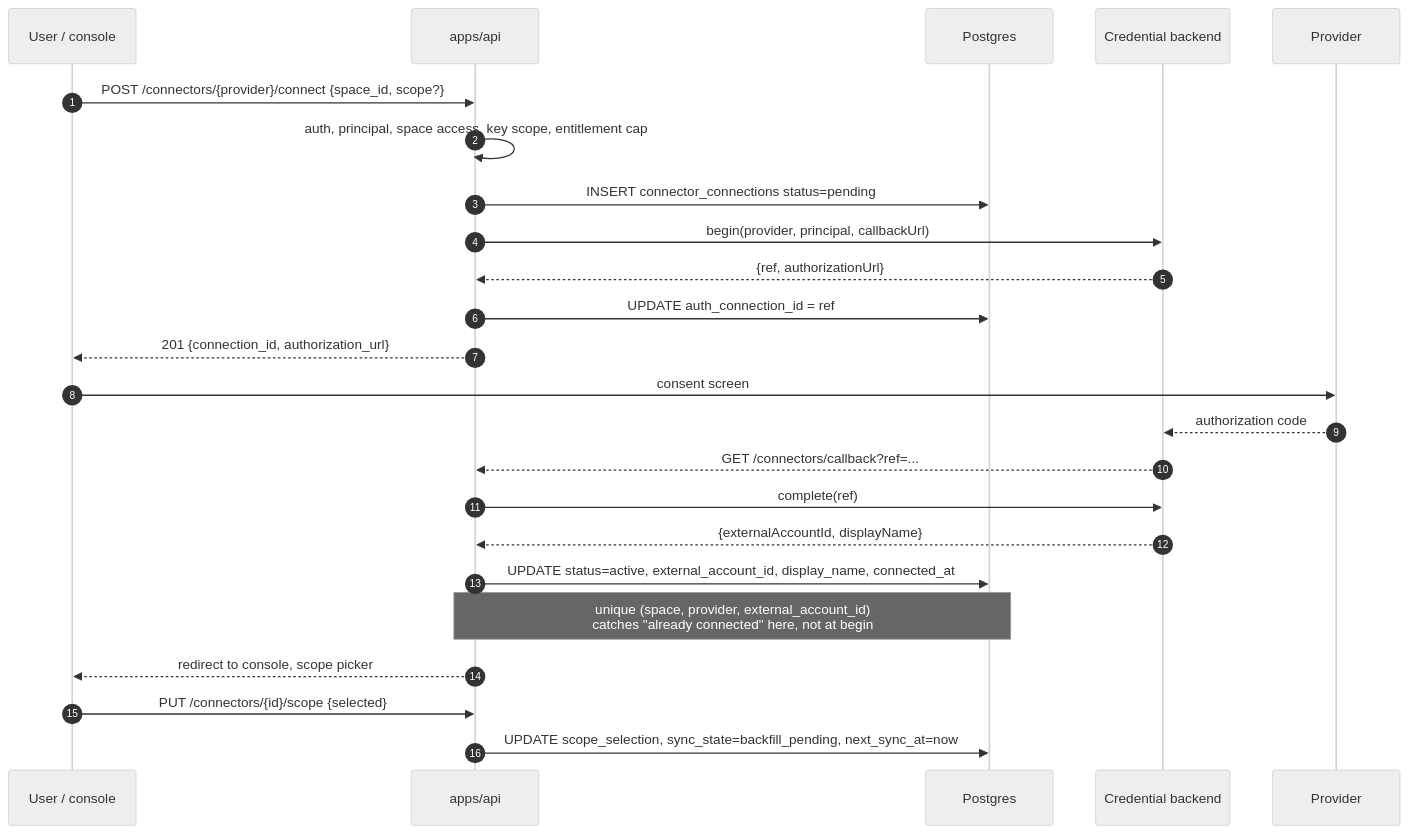
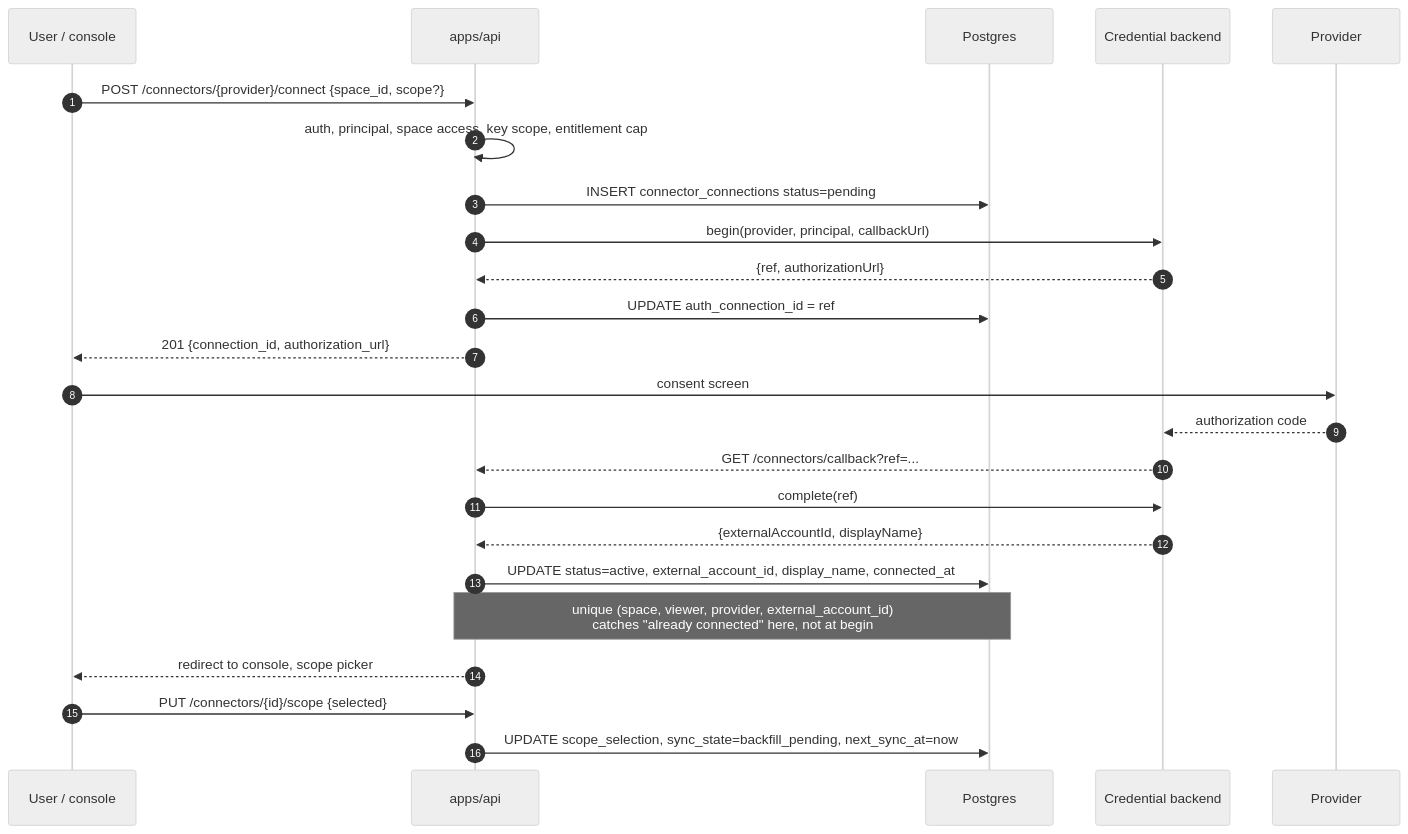
Before and after one commit to crosmos-labs/hono-crosmos: the third of 11 diagrams in docs/connectors-architecture-plan-2026-08-24.md, drawn with Mermaid (neutral theme). The commit also changed other lines of this file, not shown here.

Commit message:
docs(connectors): clarify viewer-scoped grants

````diff
--- a/docs/connectors-architecture-plan-2026-08-24.md
+++ b/docs/connectors-architecture-plan-2026-08-24.md
@@ -497,27 +497,27 @@
 ```mermaid
 sequenceDiagram
   autonumber
   participant U as User / console
   participant API as apps/api
   participant DB as Postgres
   participant CB as Credential backend
   participant P as Provider
 
   U->>API: POST /connectors/{provider}/connect {space_id, scope?}
   API->>API: auth, principal, space access, key scope, entitlement cap
   API->>DB: INSERT connector_connections status=pending
   API->>CB: begin(provider, principal, callbackUrl)
   CB-->>API: {ref, authorizationUrl}
   API->>DB: UPDATE auth_connection_id = ref
   API-->>U: 201 {connection_id, authorization_url}
   U->>P: consent screen
   P-->>CB: authorization code
   CB-->>API: GET /connectors/callback?ref=...
   API->>CB: complete(ref)
   CB-->>API: {externalAccountId, displayName}
   API->>DB: UPDATE status=active, external_account_id, display_name, connected_at
-  Note over API,DB: unique (space, provider, external_account_id)<br/>catches "already connected" here, not at begin
+  Note over API,DB: unique (space, viewer, provider, external_account_id)<br/>catches "already connected" here, not at begin
   API-->>U: redirect to console, scope picker
   U->>API: PUT /connectors/{id}/scope {selected}
   API->>DB: UPDATE scope_selection, sync_state=backfill_pending, next_sync_at=now
 ```
````
